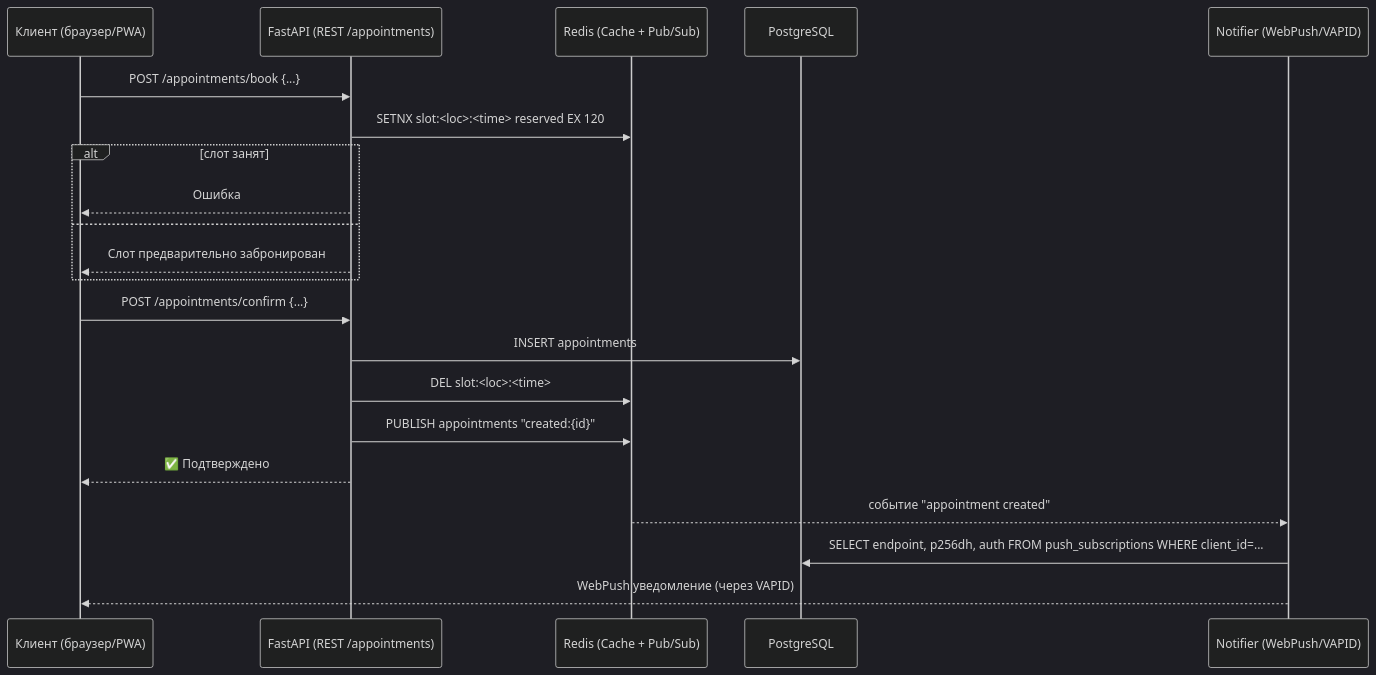
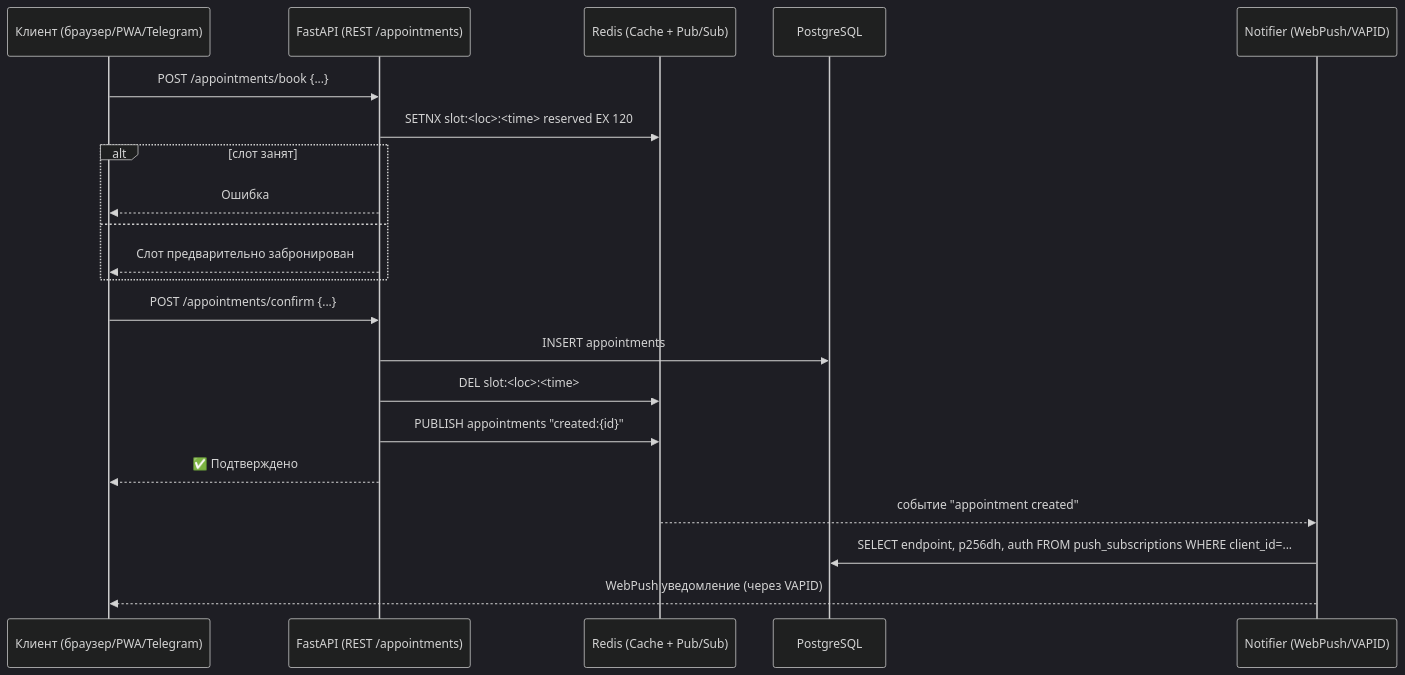
Before and after one commit to lottoprof/booking: the first of 2 diagrams in README.md, drawn with Mermaid (dark theme). The commit also changed other lines of this file, not shown here.

````diff
--- a/README.md
+++ b/README.md
@@ -12,27 +47,26 @@
 ```mermaid
 sequenceDiagram
-    participant C as Клиент (браузер/PWA)
+    participant C as Клиент (браузер/PWA/Telegram)
     participant API as FastAPI (REST /appointments)
     participant R as Redis (Cache + Pub/Sub)
     participant DB as PostgreSQL
     participant N as Notifier (WebPush/VAPID)
 
     C->>API: POST /appointments/book {...}
     API->>R: SETNX slot:<loc>:<time> reserved EX 120
     alt слот занят
         API-->>C: Ошибка
     else
         API-->>C: Слот предварительно забронирован
     end
 
     C->>API: POST /appointments/confirm {...}
     API->>DB: INSERT appointments
     API->>R: DEL slot:<loc>:<time>
     API->>R: PUBLISH appointments "created:{id}"
     API-->>C: ✅ Подтверждено
 
     R-->>N: событие "appointment created"
     N->>DB: SELECT endpoint, p256dh, auth FROM push_subscriptions WHERE client_id=...
     N-->>C: WebPush уведомление (через VAPID)
-
 ```
````
